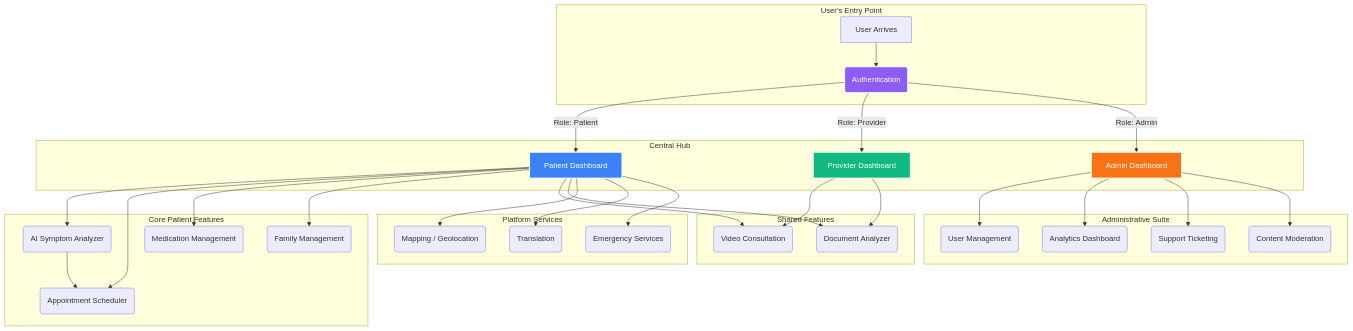
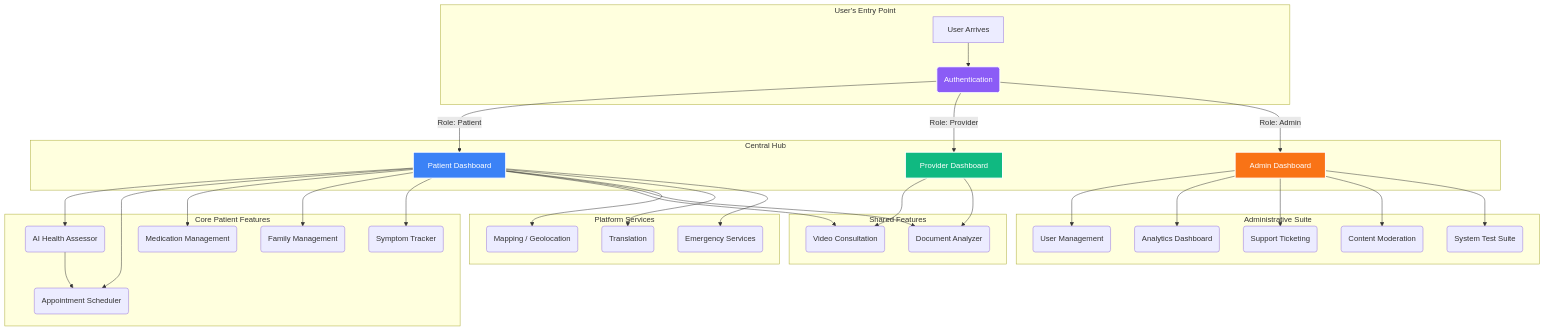
The diagram in src/Features.md (rehaani/MediConnect), drawn with Mermaid before and after one commit. The commit also changed other lines of this file and 2 other files, not shown here.

````diff
--- a/src/Features.md
+++ b/src/Features.md
@@ -11,47 +12,49 @@
 ```mermaid
 graph TD
     subgraph "User's Entry Point"
         A[User Arrives] --> B(Authentication);
     end
     
     subgraph "Central Hub"
         B -- Role: Patient --> C_PAT[Patient Dashboard];
         B -- Role: Provider --> C_PRO[Provider Dashboard];
         B -- Role: Admin --> C_ADM[Admin Dashboard];
     end
     
     subgraph "Core Patient Features"
-        C_PAT --> F1(AI Symptom Analyzer);
+        C_PAT --> F1(AI Health Assessor);
         C_PAT --> F2(Appointment Scheduler);
         C_PAT --> F3(Medication Management);
         C_PAT --> F4(Family Management);
+        C_PAT --> F7(Symptom Tracker);
         F1 --> F2;
     end
     
     subgraph "Shared Features"
         C_PAT & C_PRO --> F5(Video Consultation);
         C_PAT & C_PRO --> F6(Document Analyzer);
     end
 
     subgraph "Platform Services"
       S1(Mapping / Geolocation);
       S2(Translation);
       S3(Emergency Services);
     end
 
     C_PAT --> S1;
     C_PAT --> S2;
     C_PAT --> S3;
 
     subgraph "Administrative Suite"
         C_ADM --> A1(User Management);
         C_ADM --> A2(Analytics Dashboard);
         C_ADM --> A3(Support Ticketing);
         C_ADM --> A4(Content Moderation);
+        C_ADM --> A5(System Test Suite);
     end
 
     style B fill:#8b5cf6,stroke:#fff,stroke-width:2px,color:#fff
     style C_PAT fill:#3b82f6,stroke:#fff,stroke-width:2px,color:#fff
     style C_PRO fill:#10b981,stroke:#fff,stroke-width:2px,color:#fff
     style C_ADM fill:#f97316,stroke:#fff,stroke-width:2px,color:#fff
 ```
````
